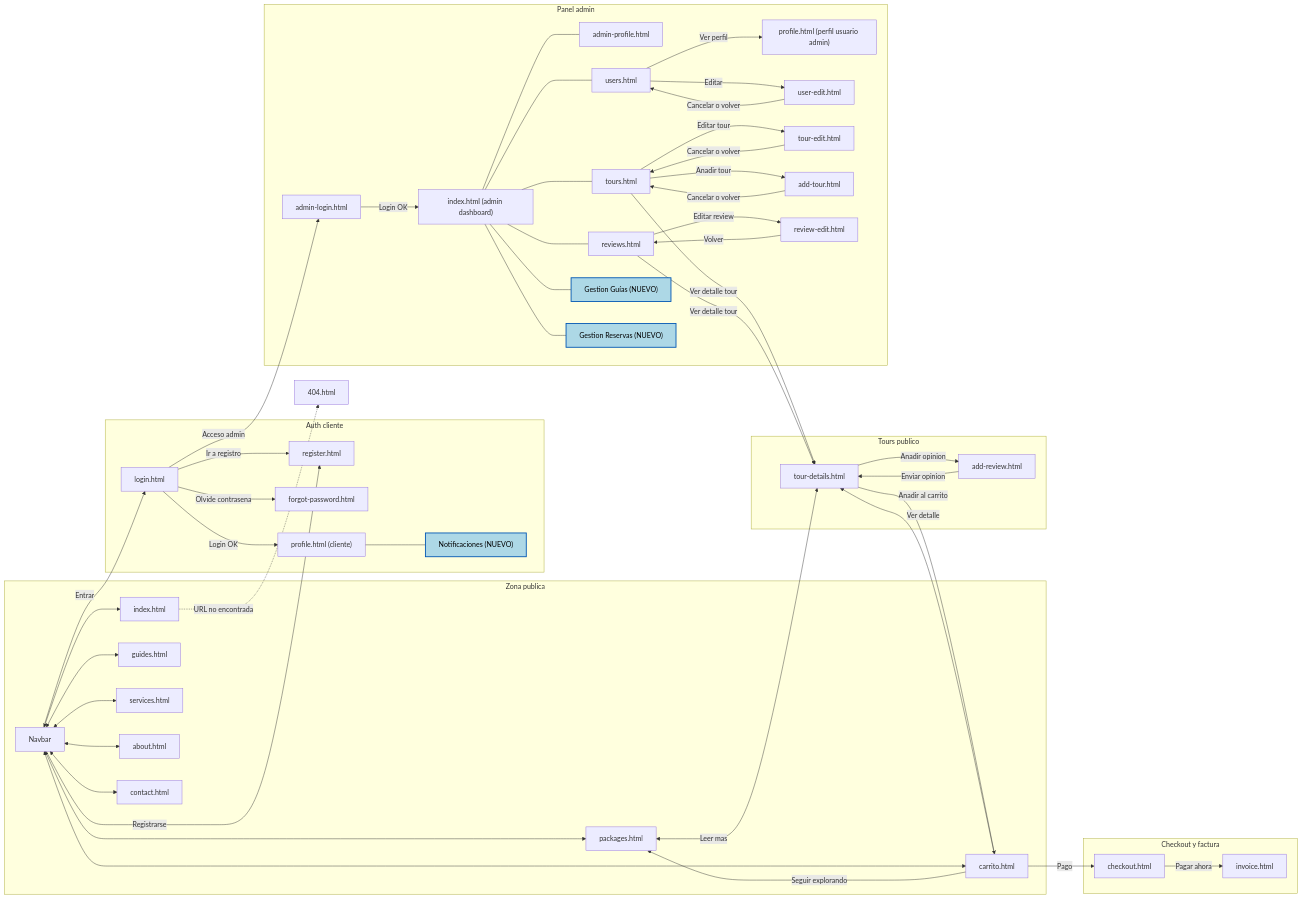
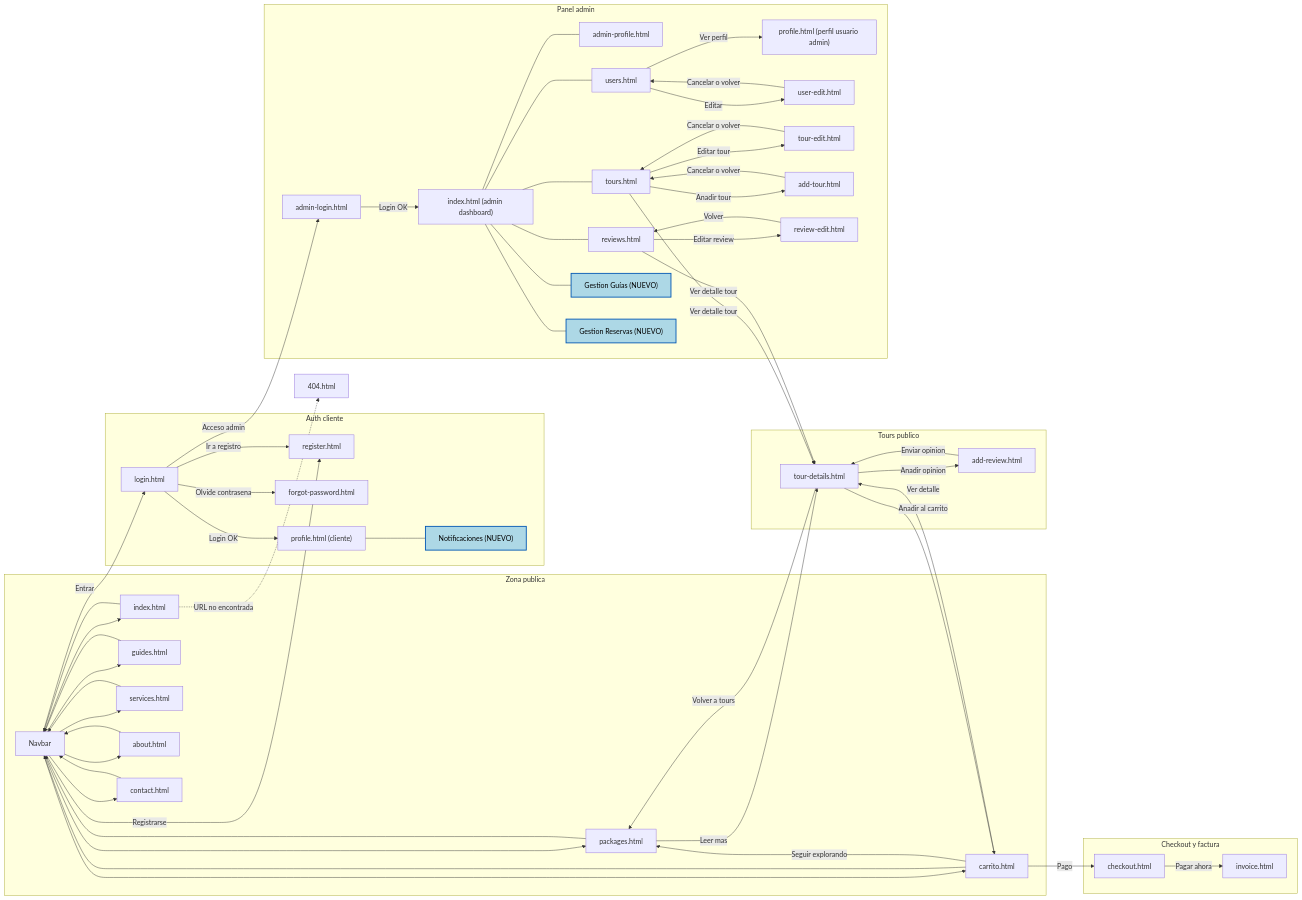
Before and after one commit to DWS-2026/project-grupo-1: the first of 3 diagrams in README.md, drawn with Mermaid. The commit also changed other lines of this file, not shown here.

Commit message:
diagrama de calses fase 3

````diff
--- a/README.md
+++ b/README.md
@@ -335,8 +335,22 @@
         ABO["Gestion Reservas (NUEVO)"]
   end
 
-    NAV <--> I & G & SV & AB & CT & P & CART
-    P <-- Leer mas --> TD
+    NAV --> I
+    NAV --> G
+    NAV --> SV
+    NAV --> AB
+    NAV --> CT
+    NAV --> P
+    NAV --> CART
+    I --> NAV
+    G --> NAV
+    SV --> NAV
+    AB --> NAV
+    CT --> NAV
+    P --> NAV
+    CART --> NAV
+    P -- Leer mas --> TD
+    TD -- Volver a tours --> P
     TD -- Anadir opinion --> AR
     AR -- Enviar opinion --> TD
     TD -- Anadir al carrito --> CART
@@ -352,10 +366,14 @@
     L -- Acceso admin --> AL
     AL -- Login OK --> AD
     
-    AD --- U & T & RV & APRO
+    AD --- U
+    AD --- T
+    AD --- RV
+    AD --- APRO
     
     %% Conexiones de las nuevas funcionalidades de la Entrega 2
-    AD --- AG & ABO
+    AD --- AG
+    AD --- ABO
     PRC --- NOTIF
     
     U -- Ver perfil --> UP
@@ -375,4 +393,4 @@
     style AG fill:#add8e6,color:#000,stroke:#0056b3,stroke-width:2px
     style ABO fill:#add8e6,color:#000,stroke:#0056b3,stroke-width:2px
     style NOTIF fill:#add8e6,color:#000,stroke:#0056b3,stroke-width:2px
-   ```
+```
````
